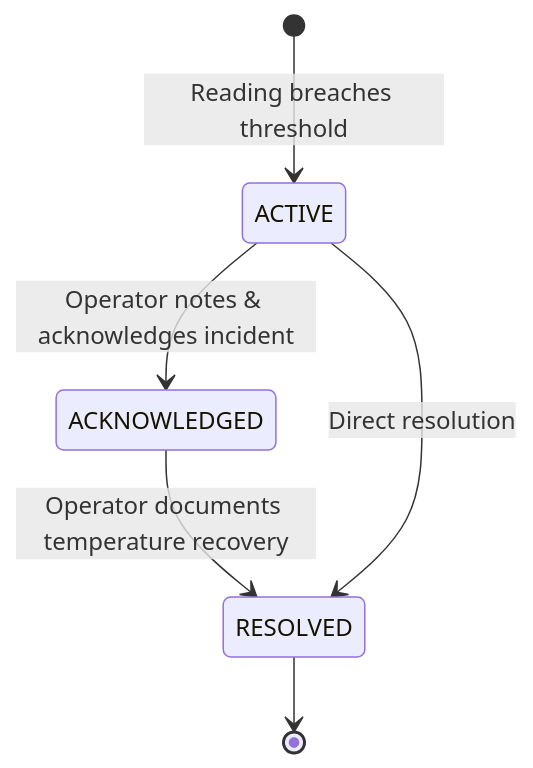
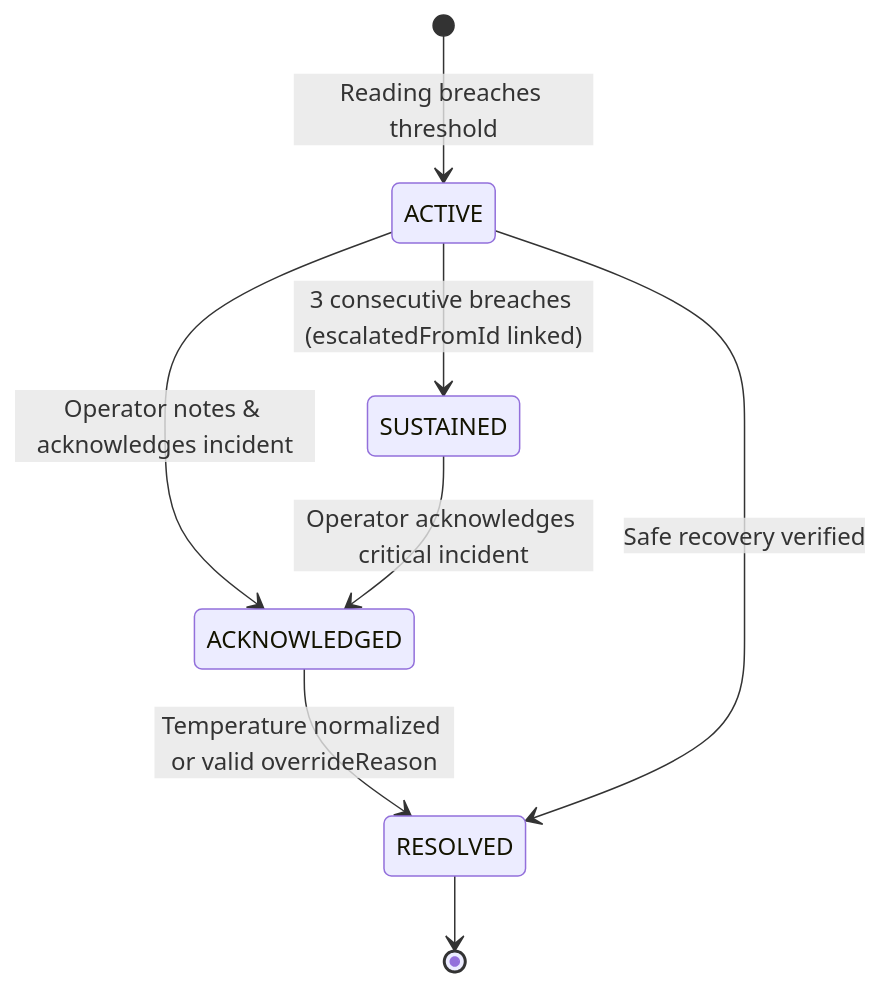
One commit to Kenkei69/Annapurna-Rebuilt changed the second of 3 diagrams in ARCHITECTURE.md. Above: the diagram before and after it, drawn with Mermaid. The commit also changed other lines of this file and 6 other files, not shown here.

Commit message:
docs: align architecture, data model, testing, and deployment docs with hardened invariants

````diff
--- a/ARCHITECTURE.md
+++ b/ARCHITECTURE.md
@@ -95,8 +109,10 @@
 ```mermaid
 stateDiagram-v2
     [*] --> ACTIVE: Reading breaches threshold
+    ACTIVE --> SUSTAINED: 3 consecutive breaches (escalatedFromId linked)
     ACTIVE --> ACKNOWLEDGED: Operator notes & acknowledges incident
-    ACKNOWLEDGED --> RESOLVED: Operator documents temperature recovery
-    ACTIVE --> RESOLVED: Direct resolution
+    SUSTAINED --> ACKNOWLEDGED: Operator acknowledges critical incident
+    ACKNOWLEDGED --> RESOLVED: Temperature normalized or valid overrideReason
+    ACTIVE --> RESOLVED: Safe recovery verified
     RESOLVED --> [*]
 ```
````
